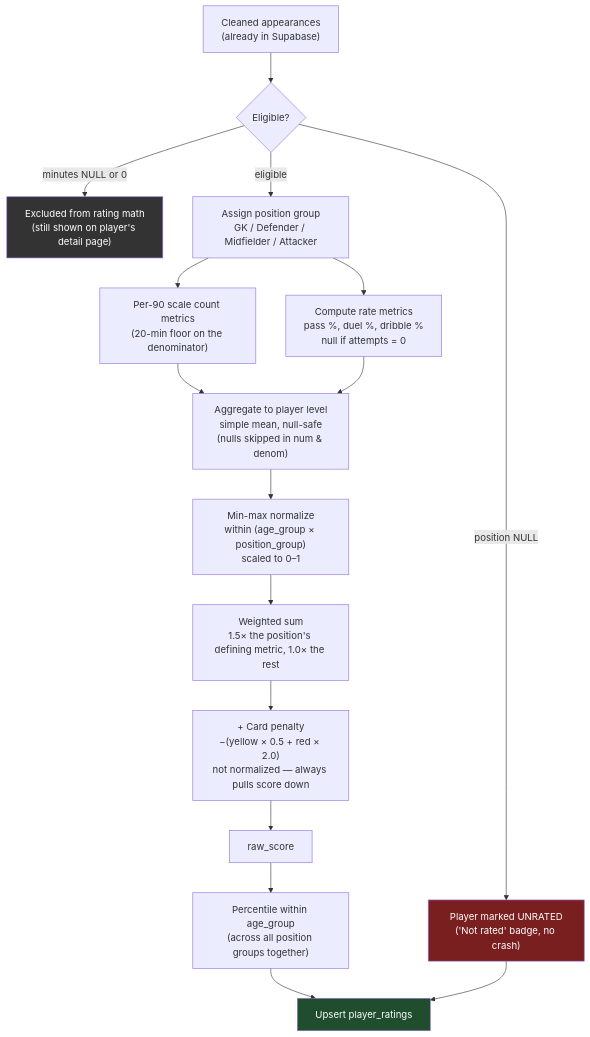
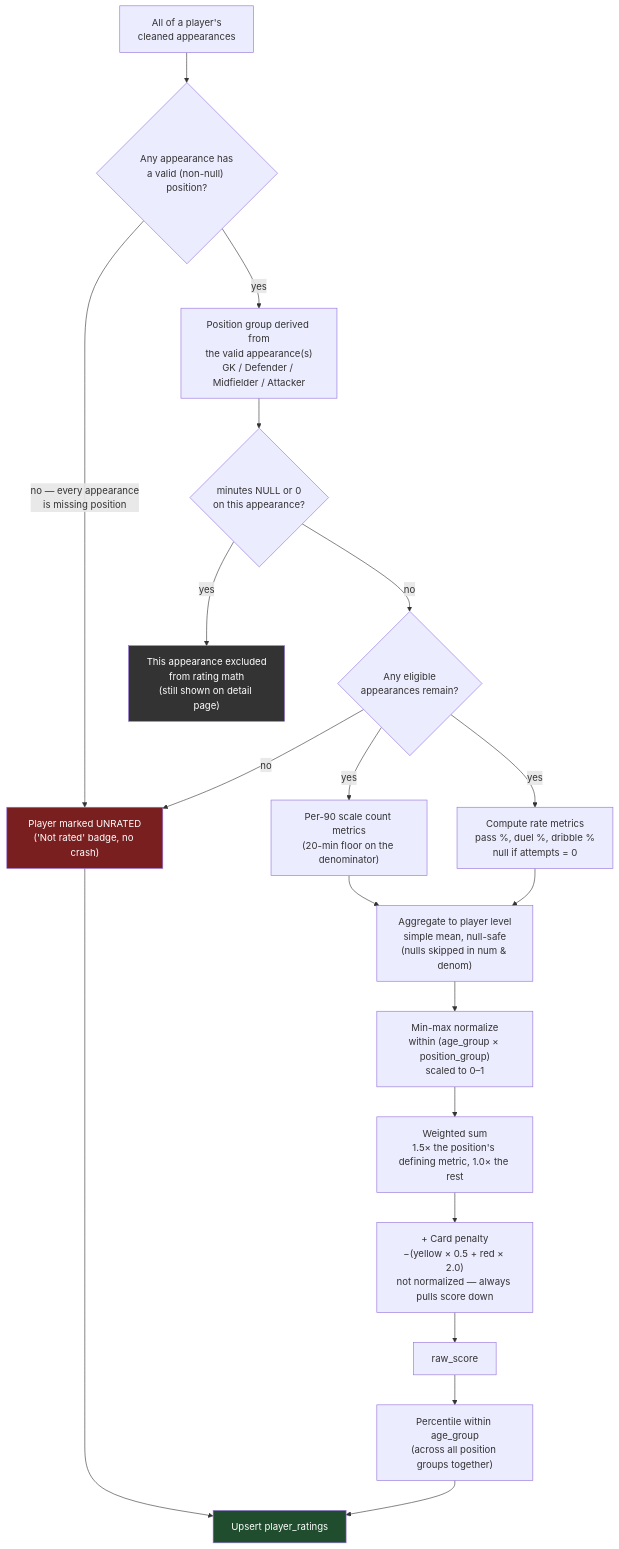
One commit to MayurSoni2003/player-rating-web-app changed the diagram in README.md. Above: the diagram before and after it, drawn with Mermaid. The commit also changed other lines of this file, not shown here.

Commit message:
Updated: Readme for bug fix

````diff
--- a/README.md
+++ b/README.md
@@ -129,26 +129,30 @@
 ```mermaid
 flowchart TD
-    A["Cleaned appearances<br/>(already in Supabase)"] --> B{Eligible?}
-    B -->|"minutes NULL or 0"| Z1["Excluded from rating math<br/>(still shown on player's detail page)"]
-    B -->|"position NULL"| Z2["Player marked UNRATED<br/>('Not rated' badge, no crash)"]
-    B -->|"eligible"| C["Assign position group<br/>GK / Defender / Midfielder / Attacker"]
+    A["All of a player's<br/>cleaned appearances"] --> B{"Any appearance has<br/>a valid (non-null) position?"}
+    B -->|"no — every appearance<br/>is missing position"| Z2["Player marked UNRATED<br/>('Not rated' badge, no crash)"]
+    B -->|"yes"| C["Position group derived from<br/>the valid appearance(s)<br/>GK / Defender / Midfielder / Attacker"]
  
-    C --> D1["Per-90 scale count metrics<br/>(20-min floor on the denominator)"]
-    C --> D2["Compute rate metrics<br/>pass %, duel %, dribble %<br/>null if attempts = 0"]
+    C --> D{"minutes NULL or 0<br/>on this appearance?"}
+    D -->|"yes"| Z1["This appearance excluded<br/>from rating math<br/>(still shown on detail page)"]
+    D -->|"no"| E{"Any eligible<br/>appearances remain?"}
+    E -->|"no"| Z2
  
-    D1 --> E["Aggregate to player level<br/>simple mean, null-safe<br/>(nulls skipped in num & denom)"]
-    D2 --> E
+    E -->|"yes"| F1["Per-90 scale count metrics<br/>(20-min floor on the denominator)"]
+    E -->|"yes"| F2["Compute rate metrics<br/>pass %, duel %, dribble %<br/>null if attempts = 0"]
  
-    E --> F["Min-max normalize<br/>within (age_group × position_group)<br/>scaled to 0–1"]
-    F --> G["Weighted sum<br/>1.5× the position's defining metric, 1.0× the rest"]
-    G --> H["+ Card penalty<br/>−(yellow × 0.5 + red × 2.0)<br/>not normalized — always pulls score down"]
-    H --> I[raw_score]
+    F1 --> G["Aggregate to player level<br/>simple mean, null-safe<br/>(nulls skipped in num & denom)"]
+    F2 --> G
  
-    I --> J["Percentile within age_group<br/>(across all position groups together)"]
-    J --> K[Upsert player_ratings]
-    Z2 --> K
+    G --> H["Min-max normalize<br/>within (age_group × position_group)<br/>scaled to 0–1"]
+    H --> I["Weighted sum<br/>1.5× the position's defining metric, 1.0× the rest"]
+    I --> J["+ Card penalty<br/>−(yellow × 0.5 + red × 2.0)<br/>not normalized — always pulls score down"]
+    J --> K[raw_score]
+ 
+    K --> L["Percentile within age_group<br/>(across all position groups together)"]
+    L --> M[Upsert player_ratings]
+    Z2 --> M
  
     style Z1 fill:#333,color:#fff
     style Z2 fill:#7a1f1f,color:#fff
-    style K fill:#1f4d2e,color:#fff
+    style M fill:#1f4d2e,color:#fff
 ```
````
